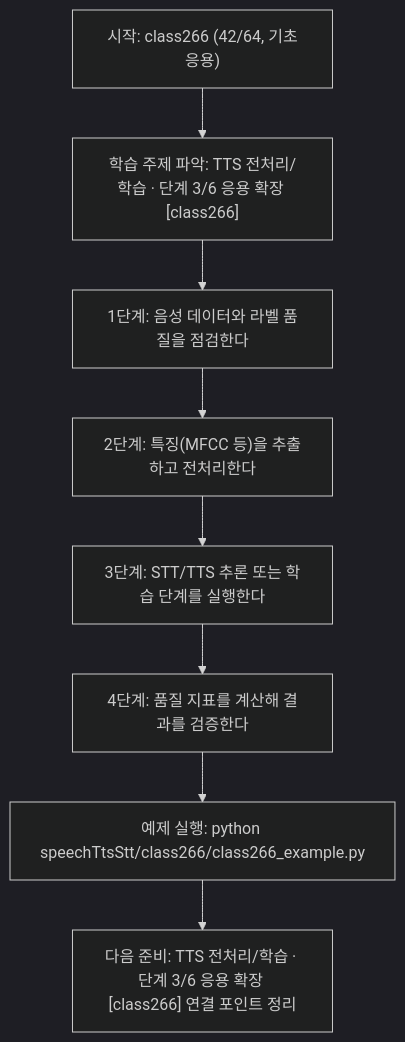
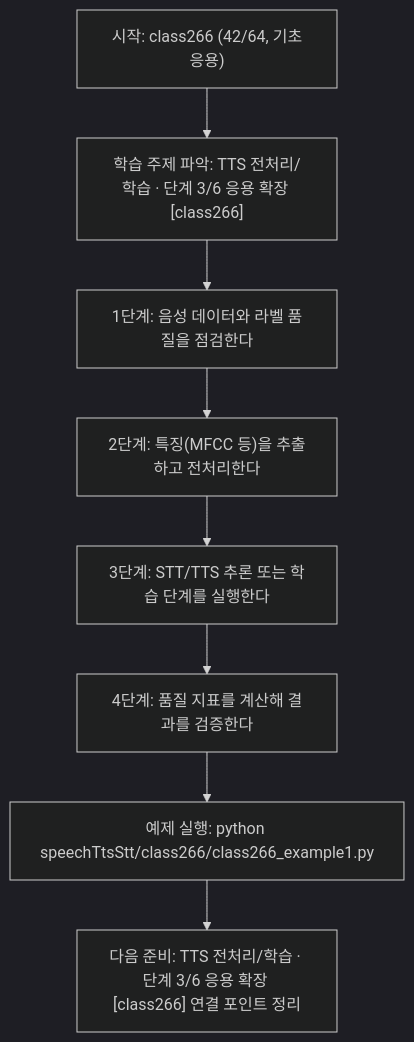
The diagram in speechTtsStt/class266/class266.md (edumgt/Python-AI_Agent-Class), drawn with Mermaid (dark theme) before and after one commit. The commit also changed other lines of this file and 2959 other files, not shown here.

````diff
--- a/speechTtsStt/class266/class266.md
+++ b/speechTtsStt/class266/class266.md
@@ -114,18 +114,18 @@
 ```mermaid
 flowchart TD
 N1["시작: class266 (42/64, 기초응용)"]
 N2["학습 주제 파악: TTS 전처리/학습 · 단계 3/6 응용 확장 [class266]"]
 N3["1단계: 음성 데이터와 라벨 품질을 점검한다"]
 N4["2단계: 특징(MFCC 등)을 추출하고 전처리한다"]
 N5["3단계: STT/TTS 추론 또는 학습 단계를 실행한다"]
 N6["4단계: 품질 지표를 계산해 결과를 검증한다"]
-N7["예제 실행: python speechTtsStt/class266/class266_example.py"]
+N7["예제 실행: python speechTtsStt/class266/class266_example1.py"]
 N8["다음 준비: TTS 전처리/학습 · 단계 3/6 응용 확장 [class266] 연결 포인트 정리"]
 N1 --> N2
 N2 --> N3
 N3 --> N4
 N4 --> N5
 N5 --> N6
 N6 --> N7
 N7 --> N8
 ```
````
